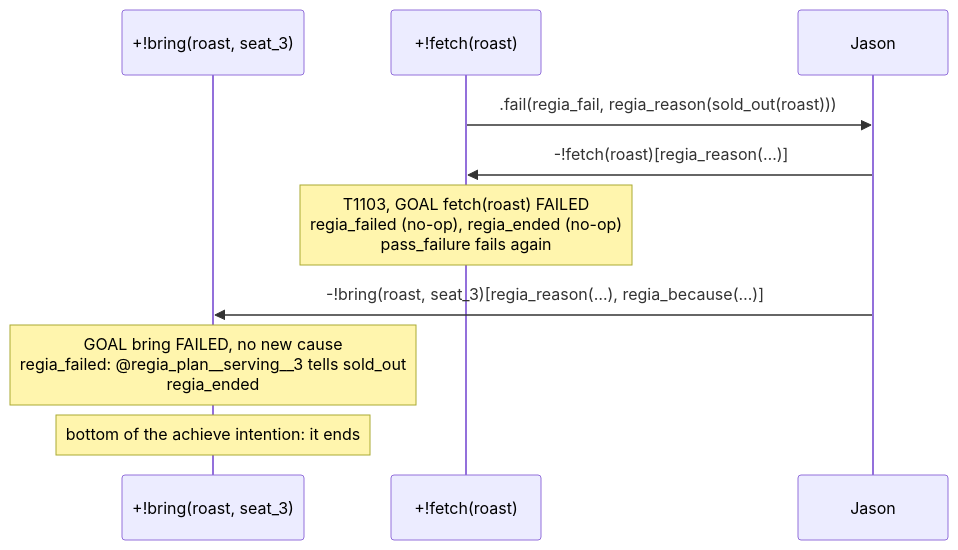
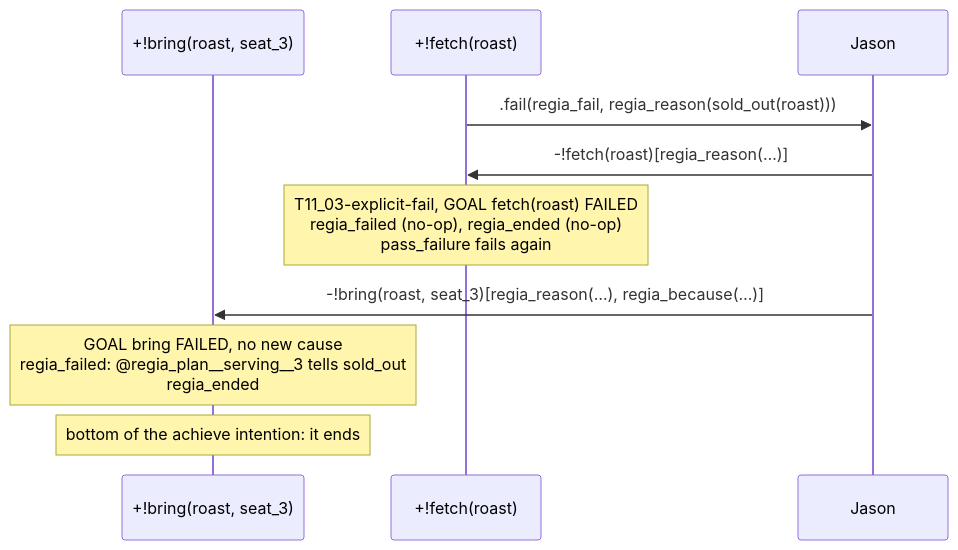
The diagram in docs/guide/22-jason-plans-and-goals.md (inkeaton/regia), drawn with Mermaid before and after one commit. The commit also changed other lines of this file and 171 other files, not shown here.

````diff
--- a/docs/guide/22-jason-plans-and-goals.md
+++ b/docs/guide/22-jason-plans-and-goals.md
@@ -645,12 +645,12 @@
 ```mermaid
 sequenceDiagram
     participant B as +!bring(roast, seat_3)
     participant F as +!fetch(roast)
     participant J as Jason
     F->>J: .fail(regia_fail, regia_reason(sold_out(roast)))
     J->>F: -!fetch(roast)[regia_reason(…)]
-    Note over F: T1103, GOAL fetch(roast) FAILED<br/>regia_failed (no-op), regia_ended (no-op)<br/>pass_failure fails again
+    Note over F: T11_03-explicit-fail, GOAL fetch(roast) FAILED<br/>regia_failed (no-op), regia_ended (no-op)<br/>pass_failure fails again
     J->>B: -!bring(roast, seat_3)[regia_reason(…), regia_because(…)]
     Note over B: GOAL bring FAILED, no new cause<br/>regia_failed: @regia_plan__serving__3 tells sold_out<br/>regia_ended
     Note over B: bottom of the achieve intention: it ends
 ```
````
